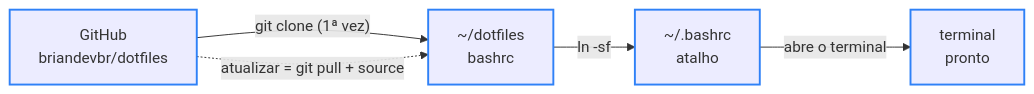
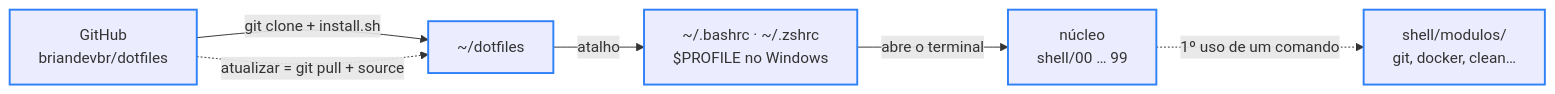
One commit to briandevbr/dotfiles changed the diagram in README.md. Above: the diagram before and after it, drawn with Mermaid. The commit also changed other lines of this file and 1 other file, not shown here.

````diff
--- a/README.md
+++ b/README.md
@@ -119,9 +205,10 @@
 ```mermaid
 flowchart LR
-  A["GitHub<br/>briandevbr/dotfiles"] -- "git clone (1ª vez)" --> B["~/dotfiles<br/>bashrc"]
-  B -- "ln -sf" --> C["~/.bashrc<br/>atalho"]
-  C -- "abre o terminal" --> D["terminal<br/>pronto"]
+  A["GitHub<br/>briandevbr/dotfiles"] -- "git clone + install.sh" --> B["~/dotfiles"]
+  B -- "atalho" --> C["~/.bashrc · ~/.zshrc<br/>$PROFILE no Windows"]
+  C -- "abre o terminal" --> D["núcleo<br/>shell/00 … 99"]
+  D -. "1º uso de um comando" .-> E["shell/modulos/<br/>git, docker, clean…"]
   A -. "atualizar = git pull + source" .-> B
   classDef done stroke:#2f81f7,stroke-width:2px
-  class A,B,C,D done
+  class A,B,C,D,E done
 ```
````
